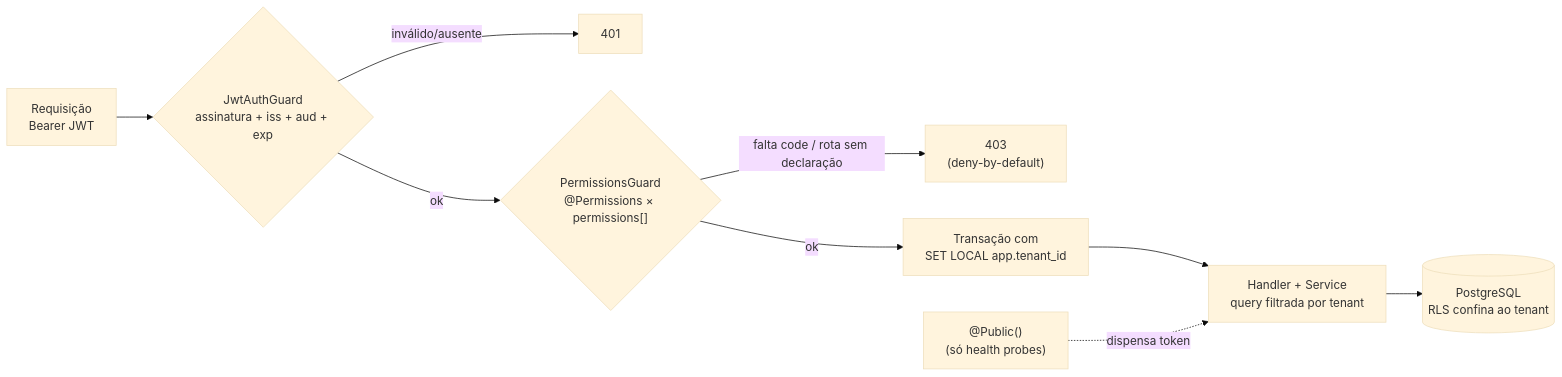
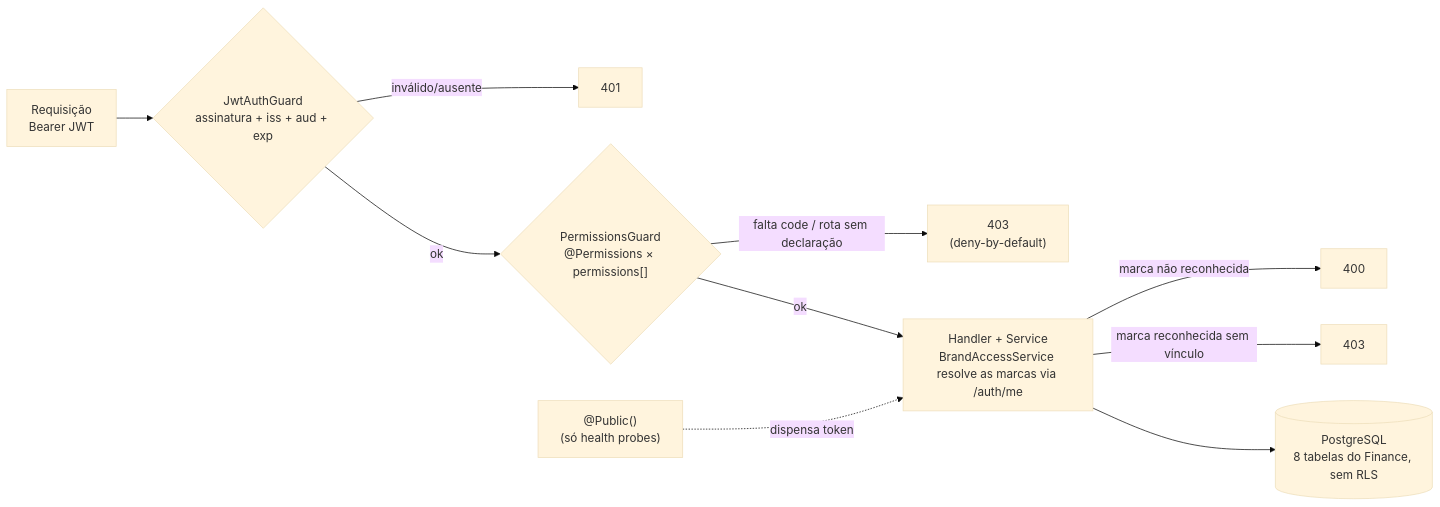
The second of 2 diagrams in SECURITY-README.md (rian-suprema/api-finance), drawn with Mermaid (base theme) before and after one commit. The commit also changed other lines of this file and 53 other files, not shown here.

First line of the commit message:
chore: remove boilerplate do exemplo petshop, RLS de tenant e renomeia users-api → api-finance

````diff
--- a/SECURITY-README.md
+++ b/SECURITY-README.md
@@ -101,11 +108,12 @@
 ```mermaid
 flowchart LR
     REQ["Requisição<br/>Bearer JWT"] --> G1{"JwtAuthGuard<br/>assinatura + iss + aud + exp"}
     G1 -->|inválido/ausente| E401["401"]
     G1 -->|ok| G2{"PermissionsGuard<br/>@Permissions × permissions[]"}
     G2 -->|"falta code / rota sem declaração"| E403["403<br/>(deny-by-default)"]
-    G2 -->|ok| TX["Transação com<br/>SET LOCAL app.tenant_id"]
-    TX --> H["Handler + Service<br/>query filtrada por tenant"]
-    H --> DB[("PostgreSQL<br/>RLS confina ao tenant")]
+    G2 -->|ok| H["Handler + Service<br/>BrandAccessService resolve as marcas via /auth/me"]
+    H -->|"marca não reconhecida"| E400["400"]
+    H -->|"marca reconhecida sem vínculo"| E403b["403"]
+    H --> DB[("PostgreSQL<br/>8 tabelas do Finance, sem RLS")]
     PUB["@Public()<br/>(só health probes)"] -.->|dispensa token| H
 ```
````
